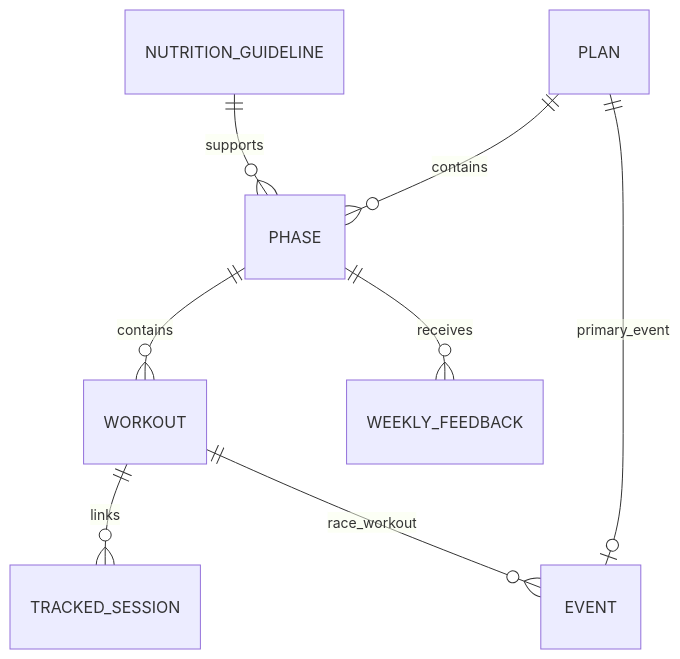
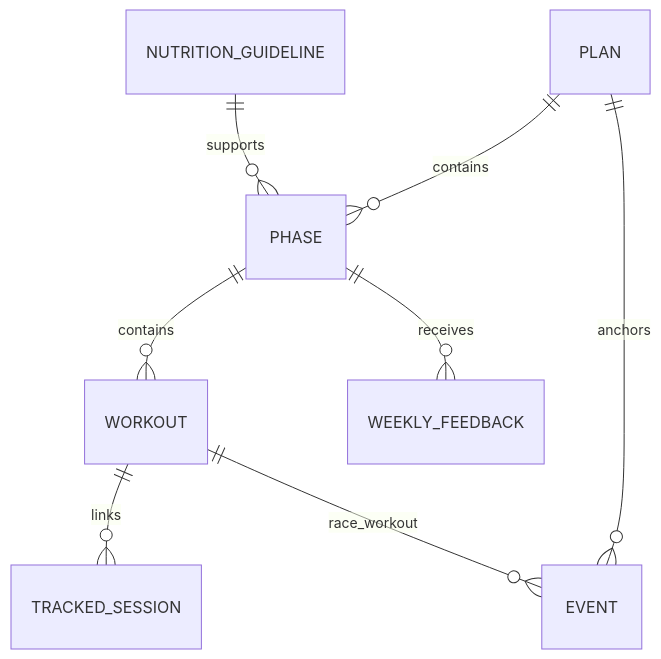
The diagram in docs/domain/model.md (Leondaniel2202/ldk-athlete-ai-coach), drawn with Mermaid before and after one commit. The commit also changed other lines of this file and 8 other files, not shown here.

````diff
--- a/docs/domain/model.md
+++ b/docs/domain/model.md
@@ -159,10 +161,10 @@
 ```mermaid
 erDiagram
     PLAN ||--o{ PHASE : contains
-    PLAN ||--o| EVENT : primary_event
+    PLAN ||--o{ EVENT : anchors
     NUTRITION_GUIDELINE ||--o{ PHASE : supports
     PHASE ||--o{ WORKOUT : contains
     PHASE ||--o{ WEEKLY_FEEDBACK : receives
     WORKOUT ||--o{ TRACKED_SESSION : links
     WORKOUT ||--o{ EVENT : race_workout
 ```
````
